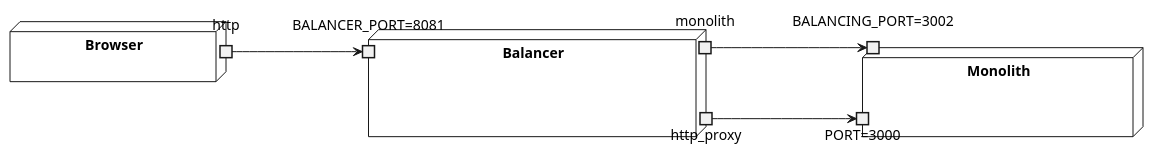
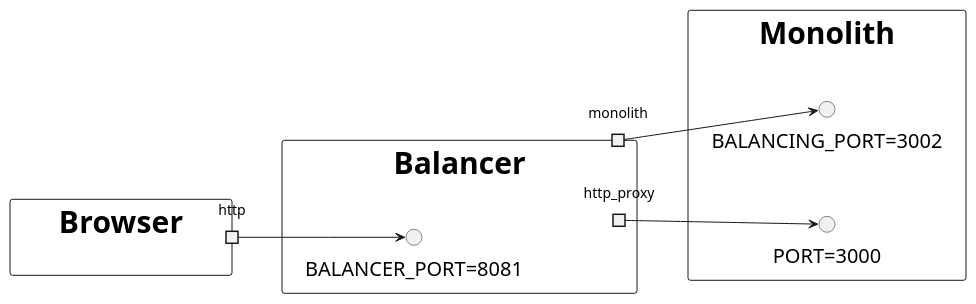
Before and after one commit to dyc3/senior-design: the diagram in figures/dev-env/ports-1-monolith.puml, drawn with PlantUML. The commit also changed 3 other files, not shown here.

```diff
--- a/figures/dev-env/ports-1-monolith.puml
+++ b/figures/dev-env/ports-1-monolith.puml
@@ -1,22 +1,31 @@
 @startuml
+
+skinparam component {
+  FontSize 30
+  Style rectangle
+}
+skinparam interface {
+  FontSize 20
+}
+
 left to right direction
-node Browser {
+component Browser {
   portout http
 }
 
-node Balancer  {
-  portin "BALANCER_PORT=8081" as BALANCER_PORT
+component Balancer  {
+  interface "BALANCER_PORT=8081" as BALANCER_PORT
   portout http_proxy
   portout monolith
 }
 
-node Monolith {
-  portin "PORT=3000" as PORT
-  portin "BALANCING_PORT=3002" as BALANCING_PORT
+component Monolith {
+  interface "PORT=3000" as PORT
+  interface "BALANCING_PORT=3002" as BALANCING_PORT
 }
 
 http --> BALANCER_PORT
 http_proxy --> PORT
 monolith --> BALANCING_PORT
 
 @enduml
```
